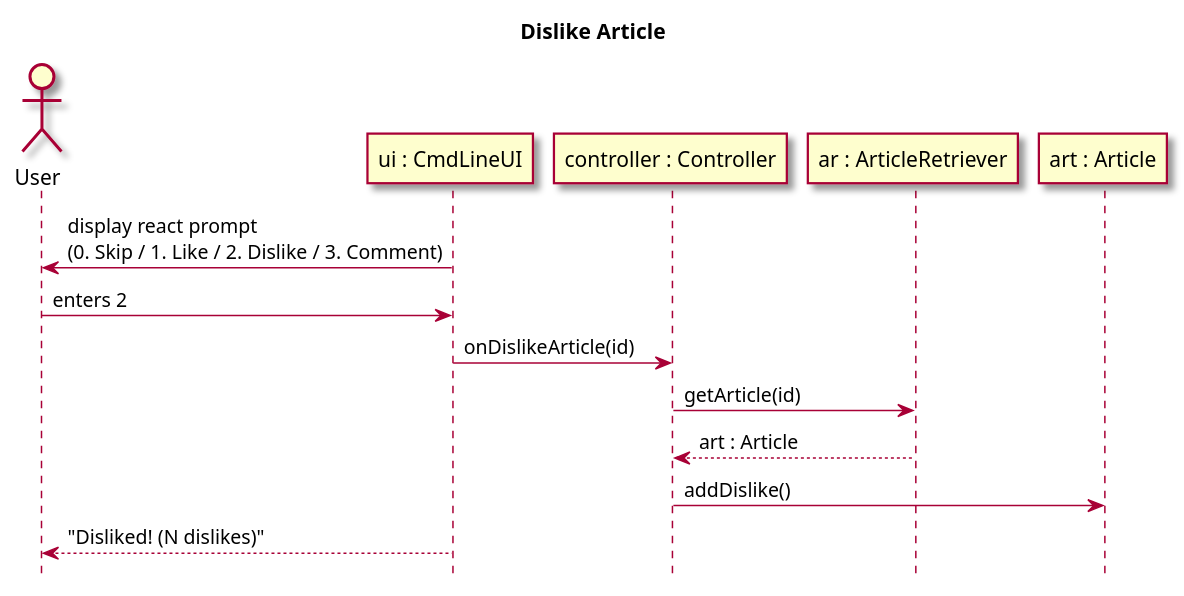
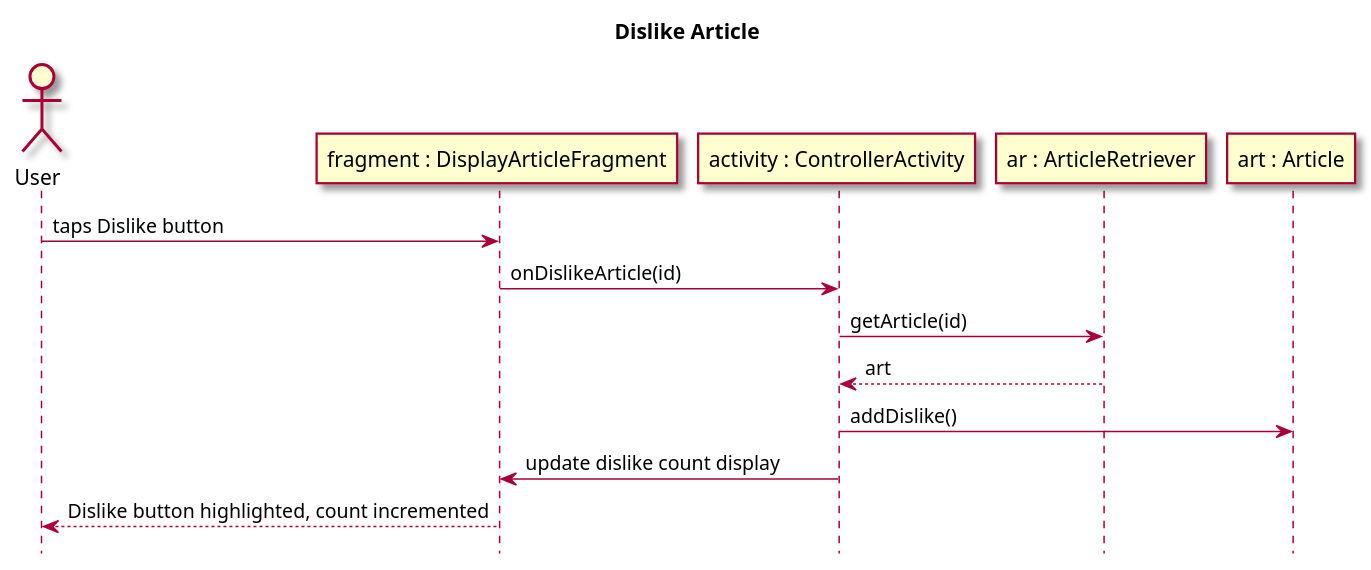
Before and after one commit to owhitleym-ui/EcoScoop: the third of 5 diagrams in intellij/doc/use-cases/react-article.md, drawn with PlantUML. The commit also changed other lines of this file and 12 other files, not shown here.

Commit message:
Updated documentation, class diagram, use cases, and readme

````diff
--- a/intellij/doc/use-cases/react-article.md
+++ b/intellij/doc/use-cases/react-article.md
@@ -102,22 +94,22 @@
 ```plantuml
 @startuml
 skin rose
 hide footbox
 title Dislike Article
 
 actor User as user
-participant "ui : CmdLineUI" as UI
-participant "controller : Controller" as controller
+participant "fragment : DisplayArticleFragment" as UI
+participant "activity : ControllerActivity" as controller
 participant "ar : ArticleRetriever" as AR
 participant "art : Article" as article
 
-UI -> user : display react prompt\n(0. Skip / 1. Like / 2. Dislike / 3. Comment)
-user -> UI : enters 2
+user -> UI : taps Dislike button
 UI -> controller : onDislikeArticle(id)
 controller -> AR : getArticle(id)
-AR --> controller : art : Article
+AR --> controller : art
 controller -> article : addDislike()
-UI --> user : "Disliked! (N dislikes)"
+controller -> UI : update dislike count display
+UI --> user : Dislike button highlighted, count incremented
 
 @enduml
 ```
````
